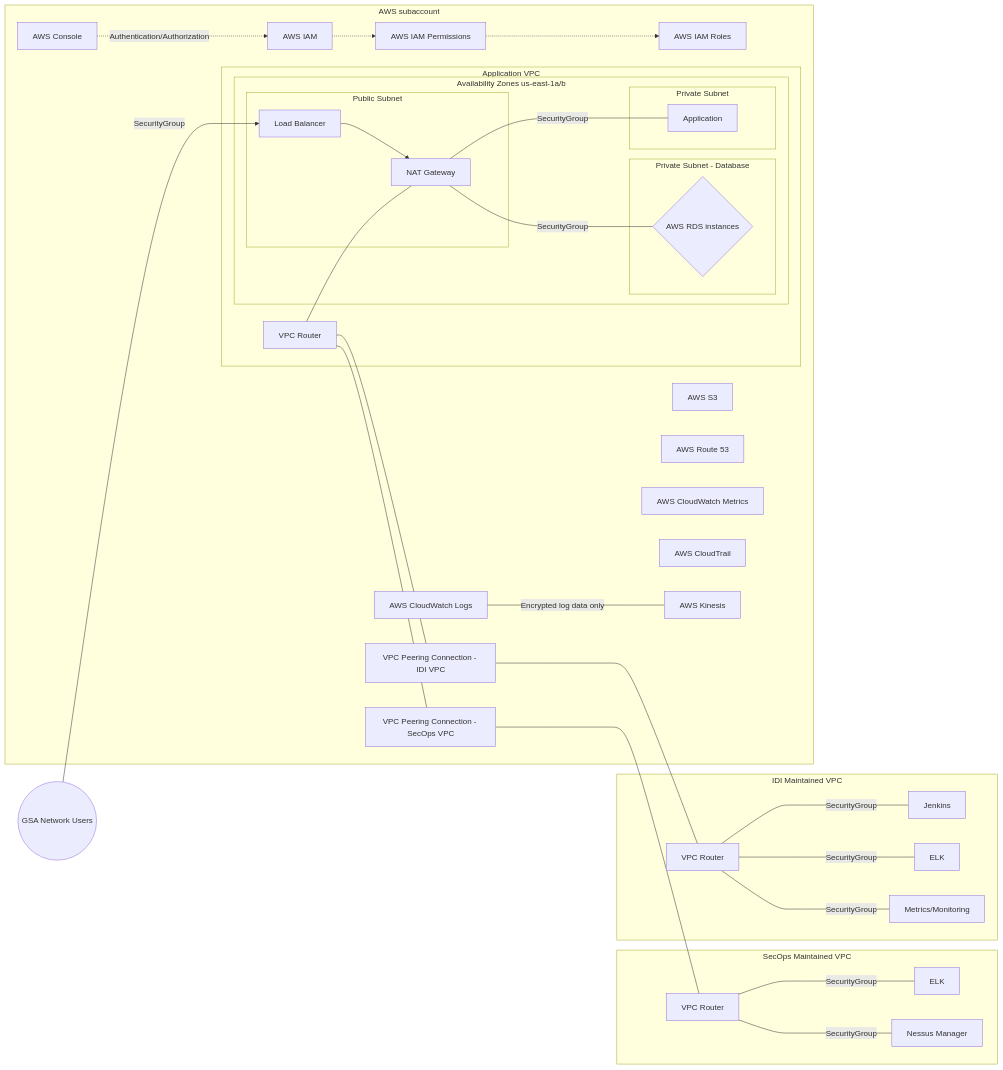
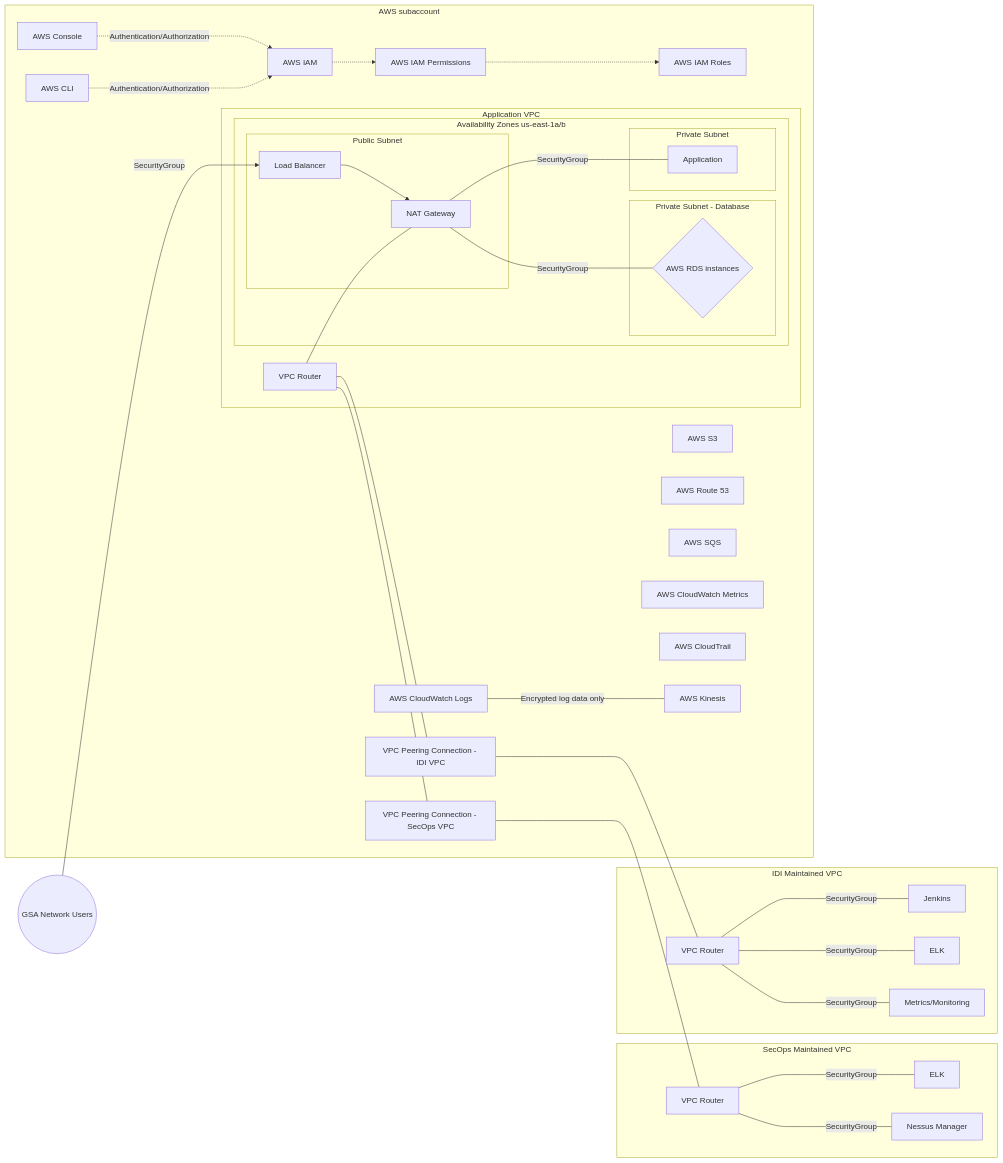
Before and after one commit to GSA/DevSecOps: the diagram in docs/diagrams/source/mermaid/architecture-option-b.mmd, drawn with Mermaid. The commit also changed 1 other file, not shown here.

Commit message:
Added SQS and AWS-CLI

```diff
--- a/docs/diagrams/source/mermaid/architecture-option-b.mmd
+++ b/docs/diagrams/source/mermaid/architecture-option-b.mmd
@@ -1,70 +1,73 @@
 %% title: Architecture Option B
 %% description: DevSecOps high level architecture Option B
 graph LR
   gsa-users(("GSA Network Users"))
   subgraph SecOps Maintained VPC
     vpc-router-secops["VPC Router"]
     secops-elk["ELK"]
     secops-nessusmanager["Nessus Manager"]
   end
   subgraph IDI Maintained VPC
     vpc-router-mgmt["VPC Router"]
     mgmt-jenkins["Jenkins"]
     mgmt-elk["ELK"]
     mgmt-monitoring["Metrics/Monitoring"]
   end
   subgraph AWS subaccount
     iam["AWS IAM"]
     iam-perms["AWS IAM Permissions"]
     iam-roles["AWS IAM Roles"]
     aws-console["AWS Console"]
+    aws-cli["AWS CLI"]
     s3["AWS S3"]
     kinesis["AWS Kinesis"]
     route53["AWS Route 53"]
+    aws-sqs["AWS SQS"]
     cloudwatch["AWS CloudWatch Metrics"]
     cloudwatch-logs["AWS CloudWatch Logs"]
     cloudtrail["AWS CloudTrail"]
     vpc-peering-secops["VPC Peering Connection - SecOps VPC"]
     subgraph Application VPC
       subgraph Availability Zones us-east-1a/b
         subgraph Public Subnet
           app-nat["NAT Gateway"]
           app-elb["Load Balancer"]
         end
         subgraph Private Subnet
           app-app["Application"]
         end
         subgraph Private Subnet - Database
           app-rds{"AWS RDS instances"}
         end
       end
       vpc-router-apps["VPC Router"]
     end
     vpc-peering-pipeline["VPC Peering Connection - IDI VPC"]
   end
 
   cloudwatch-logs-- Encrypted log data only --- kinesis
 
   aws-console-."Authentication/Authorization".->iam
+  aws-cli-."Authentication/Authorization".->iam
   iam-.->iam-perms
   iam-perms-.->iam-roles
 
   vpc-peering-pipeline---vpc-router-mgmt
   vpc-peering-secops---vpc-router-secops
 
   vpc-router-secops--SecurityGroup---secops-elk
   vpc-router-secops--SecurityGroup---secops-nessusmanager
 
   vpc-router-mgmt--SecurityGroup---mgmt-jenkins
   vpc-router-mgmt--SecurityGroup---mgmt-elk
   vpc-router-mgmt--SecurityGroup---mgmt-monitoring
 
   vpc-router-apps---vpc-peering-pipeline
   vpc-router-apps---vpc-peering-secops
   vpc-router-apps---app-nat
 
   app-elb-->app-nat
   app-nat--SecurityGroup---app-app
   app-nat--SecurityGroup---app-rds
 
   gsa-users--SecurityGroup-->app-elb
```
